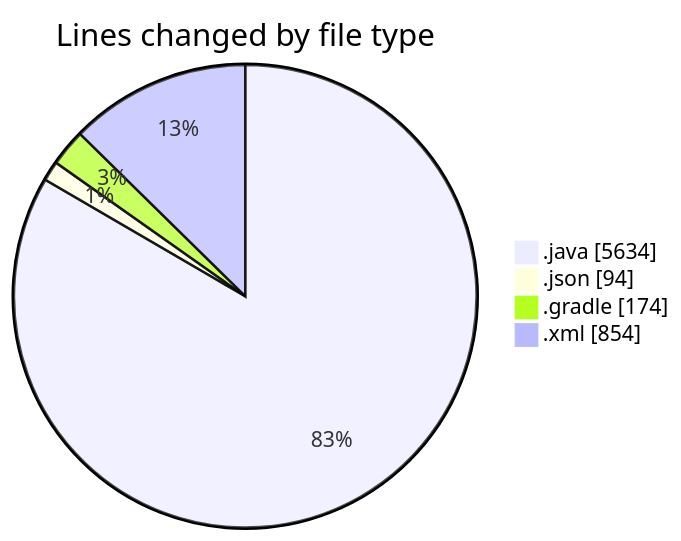
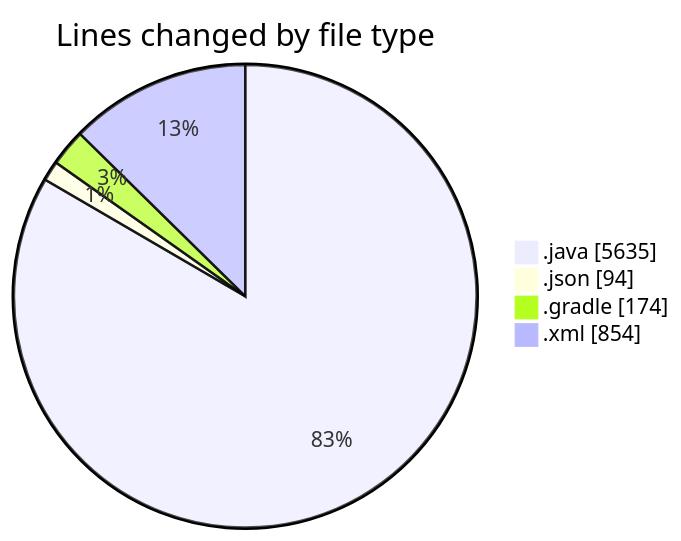
One commit to charlie-sans/code-tracking changed the first of 2 diagrams in 2025-02-22/micros/README.md. Above: the diagram before and after it, drawn with Mermaid. The commit also changed other lines of this file and 1 other file, not shown here.

````diff
--- a/2025-02-22/micros/README.md
+++ b/2025-02-22/micros/README.md
@@ -61,8 +62,8 @@
 ```mermaid
 pie showData
 title Lines changed by file type
-".java" : 5634
+".java" : 5635
 ".json" : 94
 ".gradle" : 174
 ".xml" : 854
 ```
````
